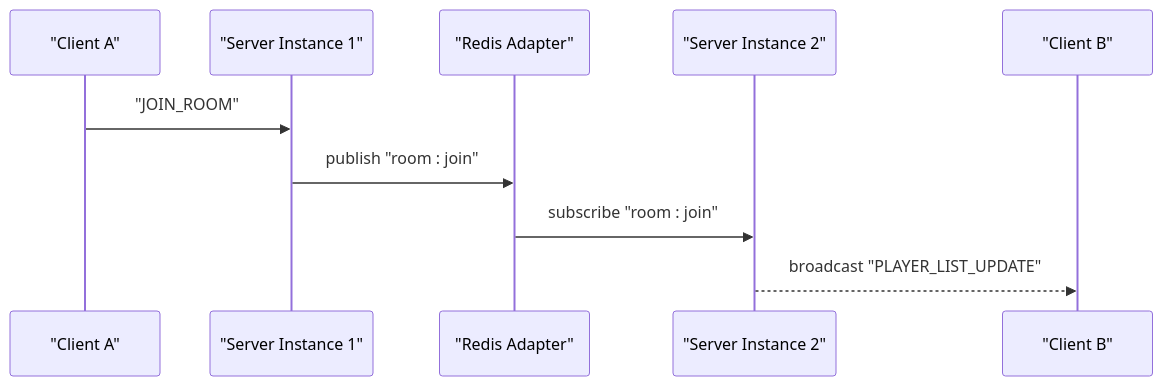
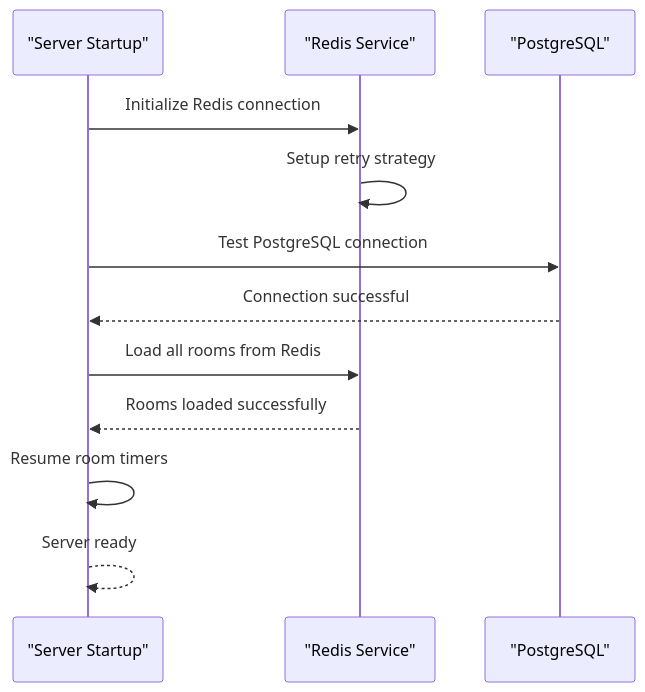
The sixth of 8 diagrams in .qoder/repowiki/en/content/Deployment & Operations.md (dkoukoul/escape-room-mvp), drawn with Mermaid before and after one commit. The commit also changed other lines of this file and 21 other files, not shown here.

````diff
--- a/.qoder/repowiki/en/content/Deployment & Operations.md
+++ b/.qoder/repowiki/en/content/Deployment & Operations.md
@@ -232,12 +271,14 @@
 ```mermaid
 sequenceDiagram
-participant C1 as "Client A"
-participant S1 as "Server Instance 1"
-participant RA as "Redis Adapter"
-participant S2 as "Server Instance 2"
-participant C2 as "Client B"
-C1->>S1 : "JOIN_ROOM"
-S1->>RA : publish "room : join"
-RA->>S2 : subscribe "room : join"
-S2-->>C2 : broadcast "PLAYER_LIST_UPDATE"
+participant Server as "Server Startup"
+participant Redis as "Redis Service"
+participant DB as "PostgreSQL"
+Server->>Redis : Initialize Redis connection
+Redis->>Redis : Setup retry strategy
+Server->>DB : Test PostgreSQL connection
+DB-->>Server : Connection successful
+Server->>Redis : Load all rooms from Redis
+Redis-->>Server : Rooms loaded successfully
+Server->>Server : Resume room timers
+Server-->>Server : Server ready
 ```
````
